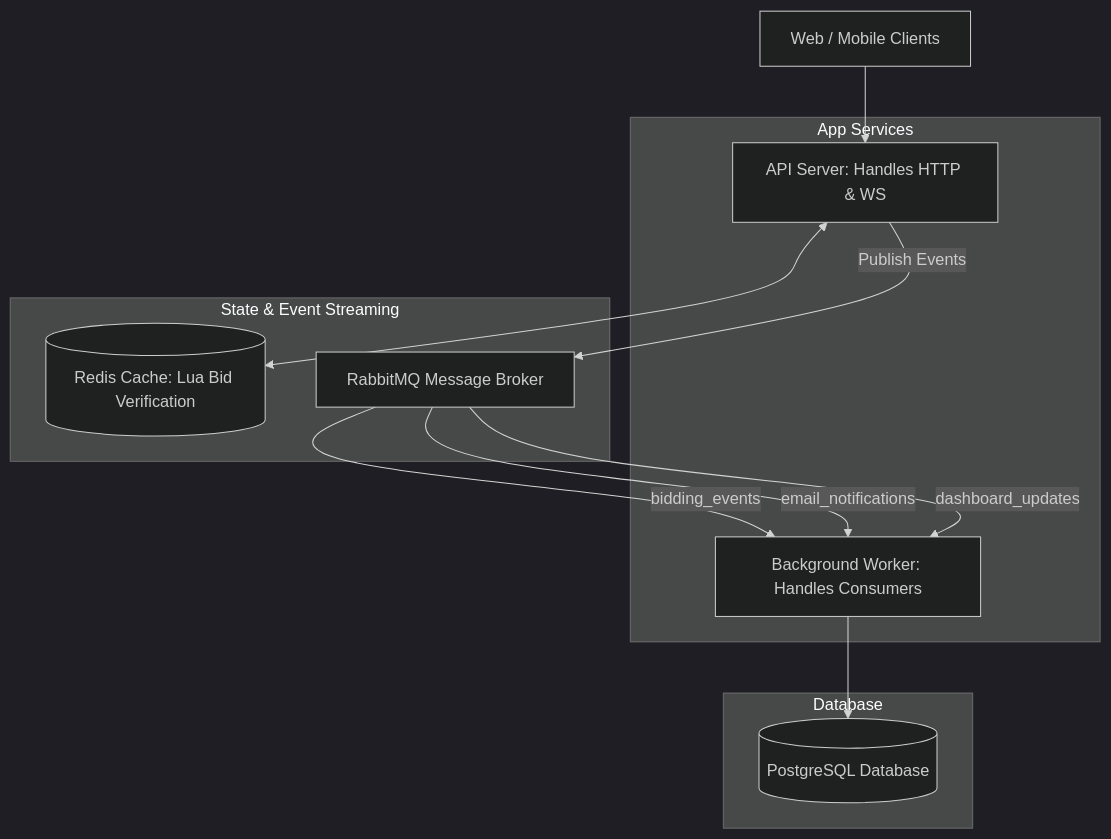
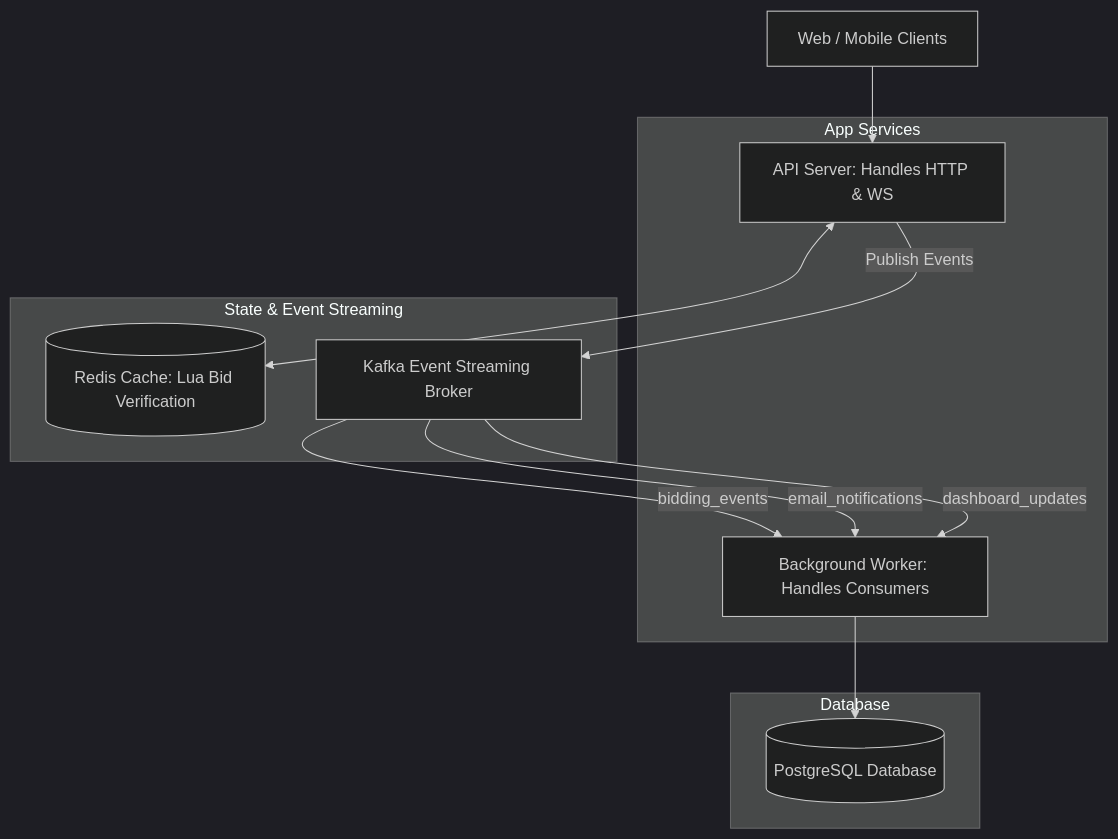
The diagram in docs/overview_system_architecture.md (KidCute1412/miracle-auction-platform), drawn with Mermaid (dark theme) before and after one commit. The commit also changed other lines of this file and 28 other files, not shown here.

````diff
--- a/docs/overview_system_architecture.md
+++ b/docs/overview_system_architecture.md
@@ -11,35 +11,35 @@
 ```mermaid
 graph TD
     Client[Web / Mobile Clients]
     
     subgraph "App Services"
         API[API Server: Handles HTTP & WS]
         Worker[Background Worker: Handles Consumers]
     end
 
     subgraph "State & Event Streaming"
         Redis[(Redis Cache: Lua Bid Verification)]
-        MQ[RabbitMQ Message Broker]
+        Kafka[Kafka Event Streaming Broker]
     end
 
     subgraph "Database"
         DB[(PostgreSQL Database)]
     end
 
     %% Client traffic
     Client --> API
     
     %% Synchronous high-speed validation
     API <--> Redis
     
     %% Decoupling write path
-    API -- Publish Events --> MQ
+    API -- Publish Events --> Kafka
     
     %% Worker consumption
-    MQ -- "bidding_events" --> Worker
-    MQ -- "email_notifications" --> Worker
-    MQ -- "dashboard_updates" --> Worker
+    Kafka -- "bidding_events" --> Worker
+    Kafka -- "email_notifications" --> Worker
+    Kafka -- "dashboard_updates" --> Worker
     
     %% Async durability writes
     Worker --> DB
 ```
````
